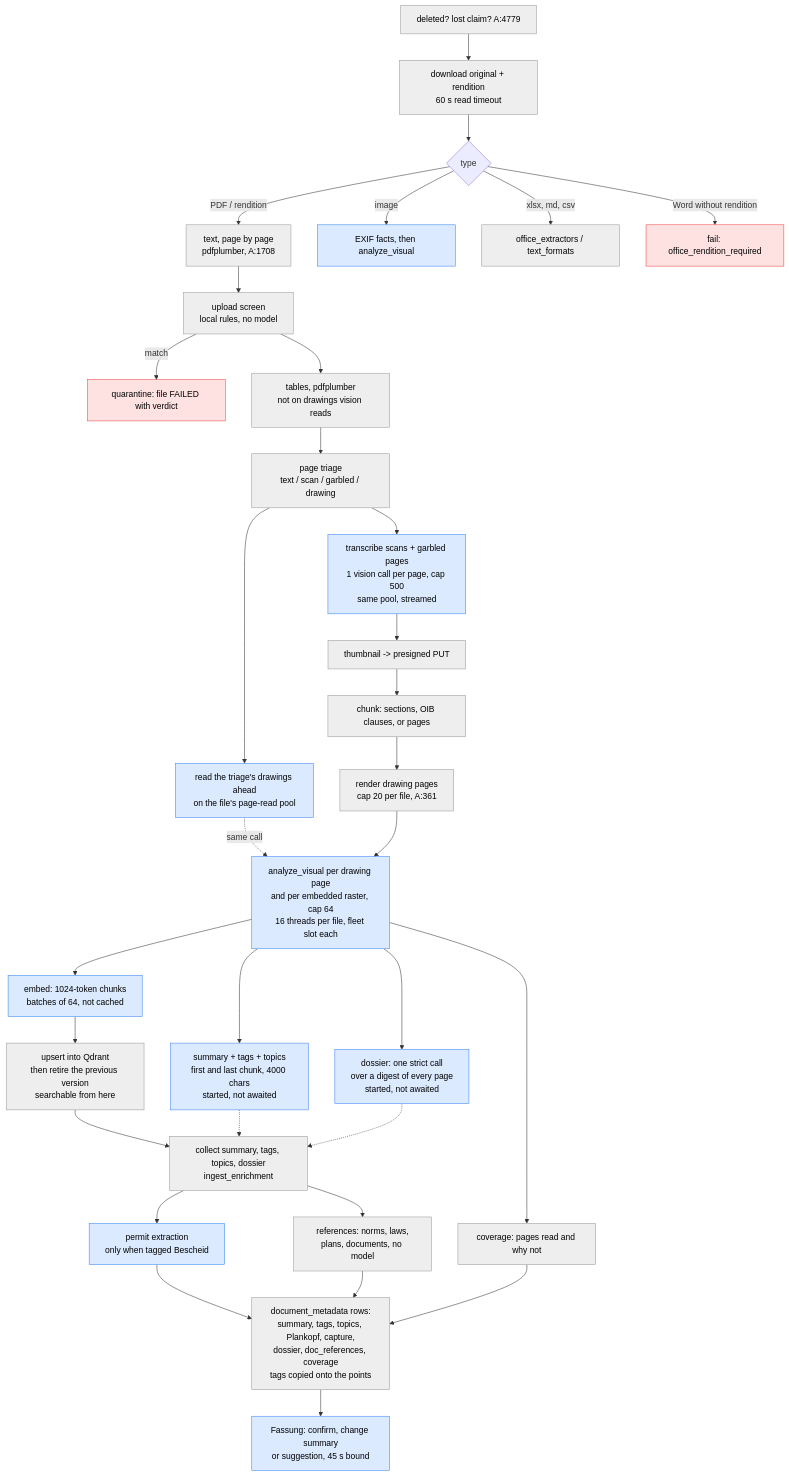
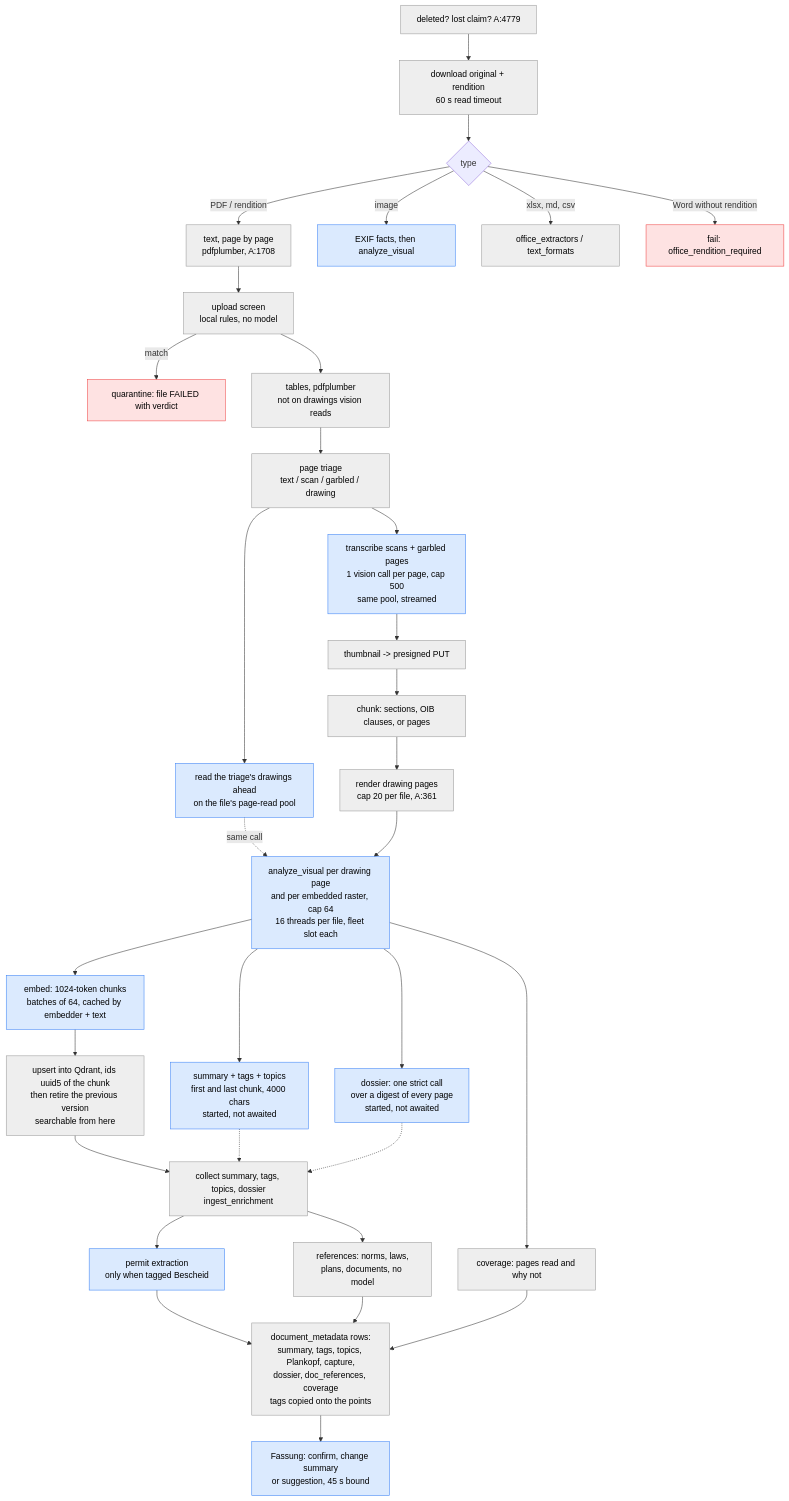
One commit to archos-at/archos changed the third of 7 diagrams in docs/architecture/ingestion-pipeline.md. Above: the diagram before and after it, drawn with Mermaid. The commit also changed other lines of this file and 9 other files, not shown here.

````diff
--- a/docs/architecture/ingestion-pipeline.md
+++ b/docs/architecture/ingestion-pipeline.md
@@ -124,38 +124,38 @@
 ```mermaid
 flowchart TB
   classDef cpu fill:#eee,stroke:#999,color:#000
   classDef model fill:#dbeafe,stroke:#3b82f6,color:#000
   classDef stop fill:#fee2e2,stroke:#ef4444,color:#000
 
   G[deleted? lost claim? A:4779]:::cpu --> DL[download original + rendition<br/>60 s read timeout]:::cpu
   DL --> TY{type}
   TY -- PDF / rendition --> TX[text, page by page<br/>pdfplumber, A:1708]:::cpu
   TY -- image --> EX[EXIF facts, then analyze_visual]:::model
   TY -- xlsx, md, csv --> OX[office_extractors / text_formats]:::cpu
   TY -- Word without rendition --> F1[fail: office_rendition_required]:::stop
   TX --> SC[upload screen<br/>local rules, no model]:::cpu
   SC -- match --> QU[quarantine: file FAILED with verdict]:::stop
   SC --> TB[tables, pdfplumber<br/>not on drawings vision reads]:::cpu
   TB --> TR[page triage<br/>text / scan / garbled / drawing]:::cpu
   TR --> AH[read the triage's drawings ahead<br/>on the file's page-read pool]:::model
   TR --> OCR[transcribe scans + garbled pages<br/>1 vision call per page, cap 500<br/>same pool, streamed]:::model
   OCR --> TH[thumbnail -> presigned PUT]:::cpu
   TH --> CH[chunk: sections, OIB clauses, or pages]:::cpu
   CH --> RD[render drawing pages<br/>cap 20 per file, A:361]:::cpu
   AH -. same call .-> VI
   RD --> VI[analyze_visual per drawing page<br/>and per embedded raster, cap 64<br/>16 threads per file, fleet slot each]:::model
   VI --> SUM[summary + tags + topics<br/>first and last chunk, 4000 chars<br/>started, not awaited]:::model
   VI --> DS[dossier: one strict call<br/>over a digest of every page<br/>started, not awaited]:::model
   VI --> CV[coverage: pages read and why not]:::cpu
-  VI --> EM[embed: 1024-token chunks<br/>batches of 64, not cached]:::model
-  EM --> WR[upsert into Qdrant<br/>then retire the previous version<br/>searchable from here]:::cpu
+  VI --> EM[embed: 1024-token chunks<br/>batches of 64, cached by embedder + text]:::model
+  EM --> WR[upsert into Qdrant, ids uuid5 of the chunk<br/>then retire the previous version<br/>searchable from here]:::cpu
   WR --> CO[collect summary, tags, topics, dossier<br/>ingest_enrichment]:::cpu
   SUM -.-> CO
   DS -.-> CO
   CO --> PM[permit extraction<br/>only when tagged Bescheid]:::model
   CO --> RF[references: norms, laws,<br/>plans, documents, no model]:::cpu
   PM --> MD[document_metadata rows:<br/>summary, tags, topics, Plankopf, capture,<br/>dossier, doc_references, coverage<br/>tags copied onto the points]:::cpu
   RF --> MD
   CV --> MD
   MD --> FA[Fassung: confirm, change summary<br/>or suggestion, 45 s bound]:::model
 ```
````
